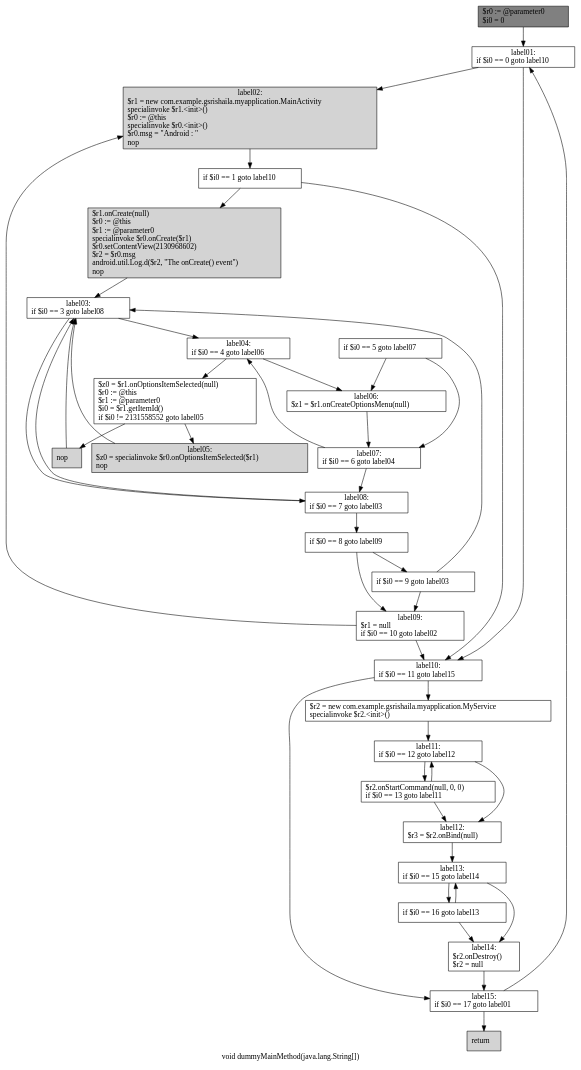
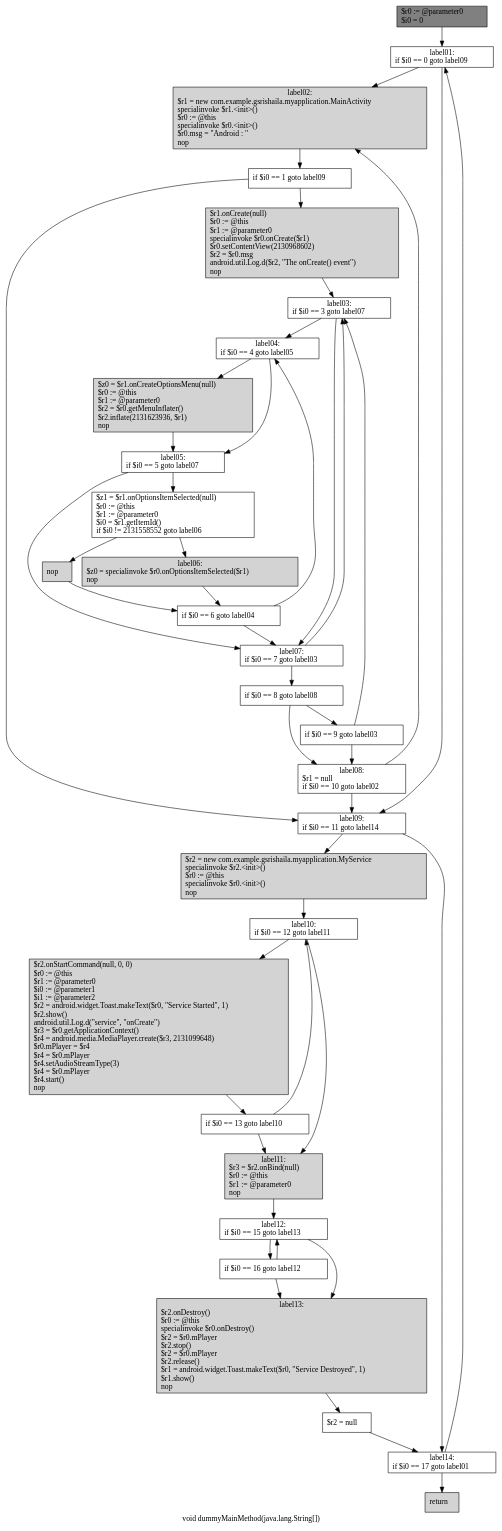
One commit to gsrishaila/summer changed the diagram in soot-infoflow-android-develop/dummymain335.dot. Above: the diagram before and after it, drawn with Graphviz. The commit also changed 13 other files, not shown here.

```diff
--- a/soot-infoflow-android-develop/dummymain335.dot
+++ b/soot-infoflow-android-develop/dummymain335.dot
@@ -1,74 +1,78 @@
 digraph "void dummyMainMethod(java.lang.String[])" {
     label="void dummyMainMethod(java.lang.String[])";
     node [shape=box];
     "0" [style=filled,fillcolor=gray,label="$r0 := @parameter0\l$i0 = 0\l",];
-    "1" [label="label01:\nif $i0 == 0 goto label10\l",];
+    "1" [label="label01:\nif $i0 == 0 goto label09\l",];
     "0"->"1";
     "2" [style=filled,fillcolor=gray,style=filled,fillcolor=lightgray,label="label02:\n$r1 = new com.example.gsrishaila.myapplication.MainActivity\lspecialinvoke $r1.<init>()\l$r0 := @this\lspecialinvoke $r0.<init>()\l$r0.msg = \"Android : \"\lnop\l",];
     "1"->"2";
-    "17" [label="label10:\nif $i0 == 11 goto label15\l",];
+    "17" [label="label09:\nif $i0 == 11 goto label14\l",];
     "1"->"17";
-    "3" [label="if $i0 == 1 goto label10\l",];
+    "3" [label="if $i0 == 1 goto label09\l",];
     "2"->"3";
     "4" [style=filled,fillcolor=gray,style=filled,fillcolor=lightgray,label="$r1.onCreate(null)\l$r0 := @this\l$r1 := @parameter0\lspecialinvoke $r0.onCreate($r1)\l$r0.setContentView(2130968602)\l$r2 = $r0.msg\landroid.util.Log.d($r2, \"The onCreate() event\")\lnop\l",];
     "3"->"4";
     "3"->"17";
-    "5" [label="label03:\nif $i0 == 3 goto label08\l",];
+    "5" [label="label03:\nif $i0 == 3 goto label07\l",];
     "4"->"5";
-    "6" [label="label04:\nif $i0 == 4 goto label06\l",];
+    "6" [label="label04:\nif $i0 == 4 goto label05\l",];
     "5"->"6";
-    "13" [label="label08:\nif $i0 == 7 goto label03\l",];
+    "13" [label="label07:\nif $i0 == 7 goto label03\l",];
     "5"->"13";
-    "7" [label="$z0 = $r1.onOptionsItemSelected(null)\l$r0 := @this\l$r1 := @parameter0\l$i0 = $r1.getItemId()\lif $i0 != 2131558552 goto label05\l",];
+    "7" [style=filled,fillcolor=gray,style=filled,fillcolor=lightgray,label="$z0 = $r1.onCreateOptionsMenu(null)\l$r0 := @this\l$r1 := @parameter0\l$r2 = $r0.getMenuInflater()\l$r2.inflate(2131623936, $r1)\lnop\l",];
     "6"->"7";
-    "11" [label="label06:\n$z1 = $r1.onCreateOptionsMenu(null)\l",];
-    "6"->"11";
-    "8" [style=filled,fillcolor=gray,style=filled,fillcolor=lightgray,label="nop\l",];
+    "8" [label="label05:\nif $i0 == 5 goto label07\l",];
+    "6"->"8";
     "7"->"8";
-    "9" [style=filled,fillcolor=gray,style=filled,fillcolor=lightgray,label="label05:\n$z0 = specialinvoke $r0.onOptionsItemSelected($r1)\lnop\l",];
-    "7"->"9";
-    "8"->"5";
-    "9"->"5";
-    "10" [label="if $i0 == 5 goto label07\l",];
-    "10"->"11";
-    "12" [label="label07:\nif $i0 == 6 goto label04\l",];
+    "9" [label="$z1 = $r1.onOptionsItemSelected(null)\l$r0 := @this\l$r1 := @parameter0\l$i0 = $r1.getItemId()\lif $i0 != 2131558552 goto label06\l",];
+    "8"->"9";
+    "8"->"13";
+    "10" [style=filled,fillcolor=gray,style=filled,fillcolor=lightgray,label="nop\l",];
+    "9"->"10";
+    "11" [style=filled,fillcolor=gray,style=filled,fillcolor=lightgray,label="label06:\n$z0 = specialinvoke $r0.onOptionsItemSelected($r1)\lnop\l",];
+    "9"->"11";
+    "12" [label="if $i0 == 6 goto label04\l",];
     "10"->"12";
     "11"->"12";
     "12"->"6";
     "12"->"13";
     "13"->"5";
-    "14" [label="if $i0 == 8 goto label09\l",];
+    "14" [label="if $i0 == 8 goto label08\l",];
     "13"->"14";
     "15" [label="if $i0 == 9 goto label03\l",];
     "14"->"15";
-    "16" [label="label09:\n$r1 = null\lif $i0 == 10 goto label02\l",];
+    "16" [label="label08:\n$r1 = null\lif $i0 == 10 goto label02\l",];
     "14"->"16";
     "15"->"5";
     "15"->"16";
     "16"->"2";
     "16"->"17";
-    "18" [label="$r2 = new com.example.gsrishaila.myapplication.MyService\lspecialinvoke $r2.<init>()\l",];
+    "18" [style=filled,fillcolor=gray,style=filled,fillcolor=lightgray,label="$r2 = new com.example.gsrishaila.myapplication.MyService\lspecialinvoke $r2.<init>()\l$r0 := @this\lspecialinvoke $r0.<init>()\lnop\l",];
     "17"->"18";
-    "25" [label="label15:\nif $i0 == 17 goto label01\l",];
-    "17"->"25";
-    "19" [label="label11:\nif $i0 == 12 goto label12\l",];
+    "27" [label="label14:\nif $i0 == 17 goto label01\l",];
+    "17"->"27";
+    "19" [label="label10:\nif $i0 == 12 goto label11\l",];
     "18"->"19";
-    "20" [label="$r2.onStartCommand(null, 0, 0)\lif $i0 == 13 goto label11\l",];
+    "20" [style=filled,fillcolor=gray,style=filled,fillcolor=lightgray,label="$r2.onStartCommand(null, 0, 0)\l$r0 := @this\l$r1 := @parameter0\l$i0 := @parameter1\l$i1 := @parameter2\l$r2 = android.widget.Toast.makeText($r0, \"Service Started\", 1)\l$r2.show()\landroid.util.Log.d(\"service\", \"onCreate\")\l$r3 = $r0.getApplicationContext()\l$r4 = android.media.MediaPlayer.create($r3, 2131099648)\l$r0.mPlayer = $r4\l$r4 = $r0.mPlayer\l$r4.setAudioStreamType(3)\l$r4 = $r0.mPlayer\l$r4.start()\lnop\l",];
     "19"->"20";
-    "21" [label="label12:\n$r3 = $r2.onBind(null)\l",];
-    "19"->"21";
-    "20"->"19";
+    "22" [style=filled,fillcolor=gray,style=filled,fillcolor=lightgray,label="label11:\n$r3 = $r2.onBind(null)\l$r0 := @this\l$r1 := @parameter0\lnop\l",];
+    "19"->"22";
+    "21" [label="if $i0 == 13 goto label10\l",];
     "20"->"21";
-    "22" [label="label13:\nif $i0 == 15 goto label14\l",];
+    "21"->"19";
     "21"->"22";
-    "23" [label="if $i0 == 16 goto label13\l",];
+    "23" [label="label12:\nif $i0 == 15 goto label13\l",];
     "22"->"23";
-    "24" [label="label14:\n$r2.onDestroy()\l$r2 = null\l",];
-    "22"->"24";
-    "23"->"22";
+    "24" [label="if $i0 == 16 goto label12\l",];
     "23"->"24";
+    "25" [style=filled,fillcolor=gray,style=filled,fillcolor=lightgray,label="label13:\n$r2.onDestroy()\l$r0 := @this\lspecialinvoke $r0.onDestroy()\l$r2 = $r0.mPlayer\l$r2.stop()\l$r2 = $r0.mPlayer\l$r2.release()\l$r1 = android.widget.Toast.makeText($r0, \"Service Destroyed\", 1)\l$r1.show()\lnop\l",];
+    "23"->"25";
+    "24"->"23";
     "24"->"25";
-    "25"->"1";
-    "26" [style=filled,fillcolor=lightgray,label="return\l",];
+    "26" [label="$r2 = null\l",];
     "25"->"26";
+    "26"->"27";
+    "27"->"1";
+    "28" [style=filled,fillcolor=lightgray,label="return\l",];
+    "27"->"28";
 }
```
